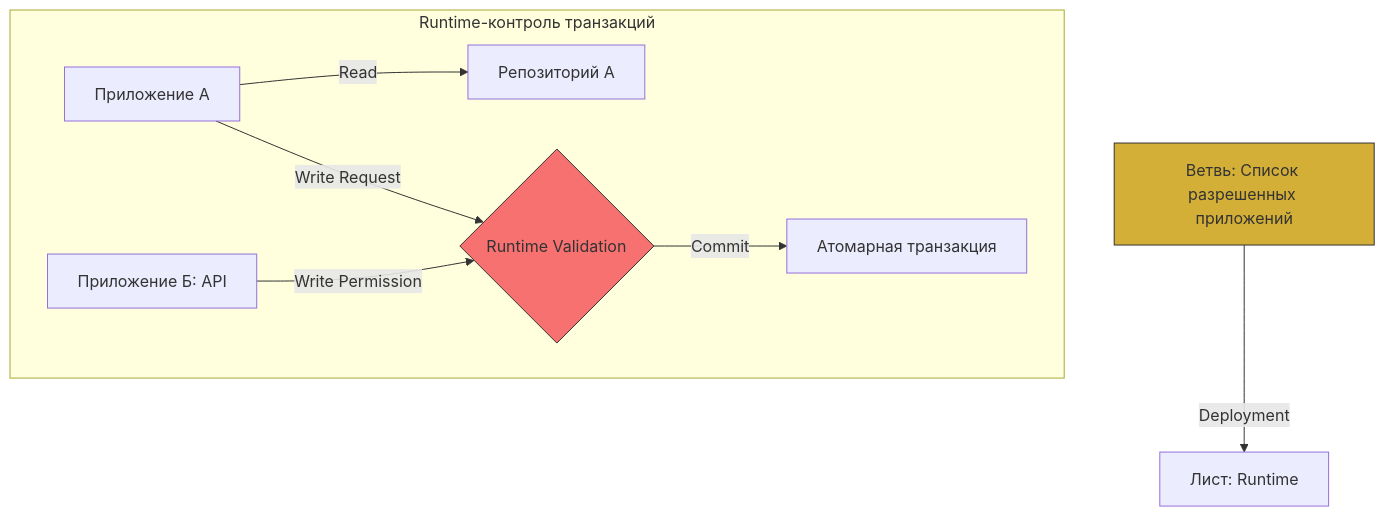
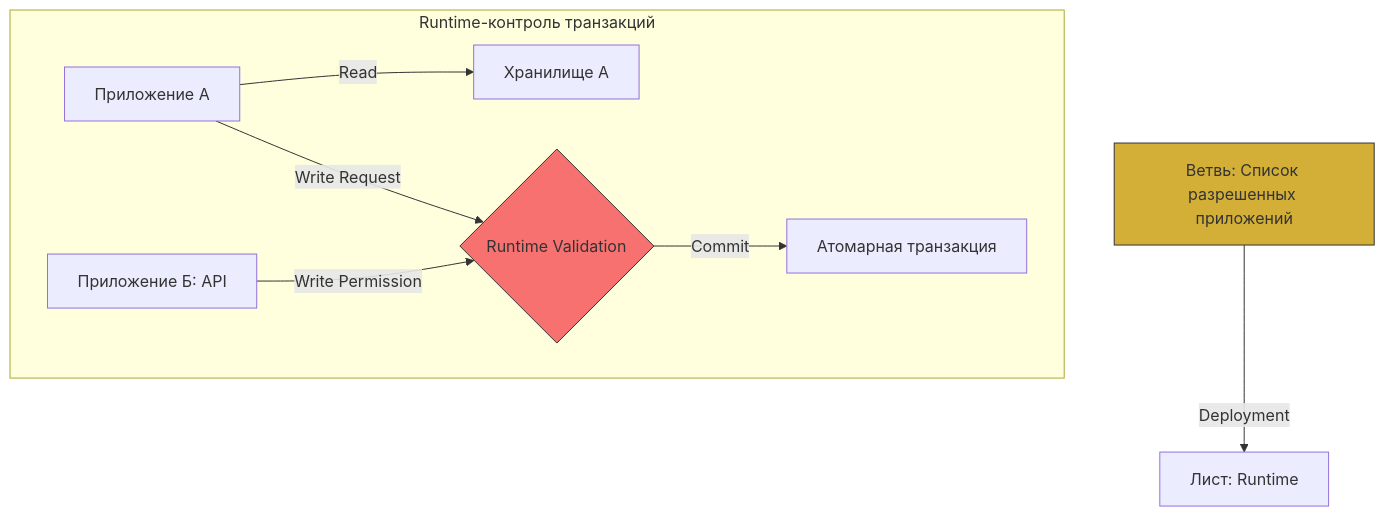
Diagram 34 of 51 in shared_docs/Технический документ платформы Турбаза.md (Data-Independence-Network/presentations), drawn with Mermaid before and after one commit. The commit also changed other lines of this file and 8 other files, not shown here.

````diff
--- a/shared_docs/Технический документ платформы Турбаза.md
+++ b/shared_docs/Технический документ платформы Турбаза.md
@@ -922,14 +922,14 @@
 ```mermaid
 graph TD
     Branch[Ветвь: Список разрешенных приложений] -->|Deployment| Leaf[Лист: Runtime]
     
     subgraph Runtime_Check [Runtime-контроль транзакций]
-        App_A[Приложение А] -->|Read| Repo_A[Репозиторий А]
+        App_A[Приложение А] -->|Read| Repo_A[Хранилище А]
         App_A -->|Write Request| Validator{Runtime Validation}
         App_B[Приложение Б: API] -->|Write Permission| Validator
         Validator -->|Commit| Atomic_TX[Атомарная транзакция]
     end
     
     style Validator fill:#F87171,stroke:#333
     style Branch fill:#D4AF37,stroke:#333
 ```
````
